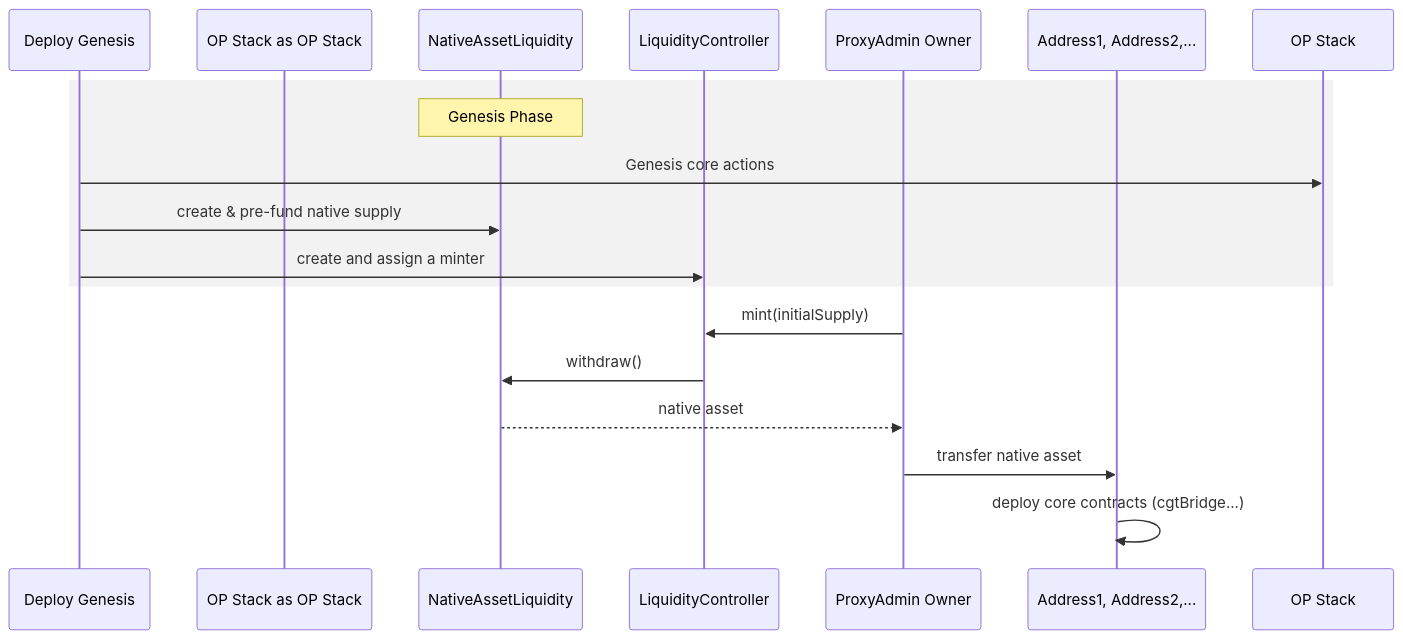
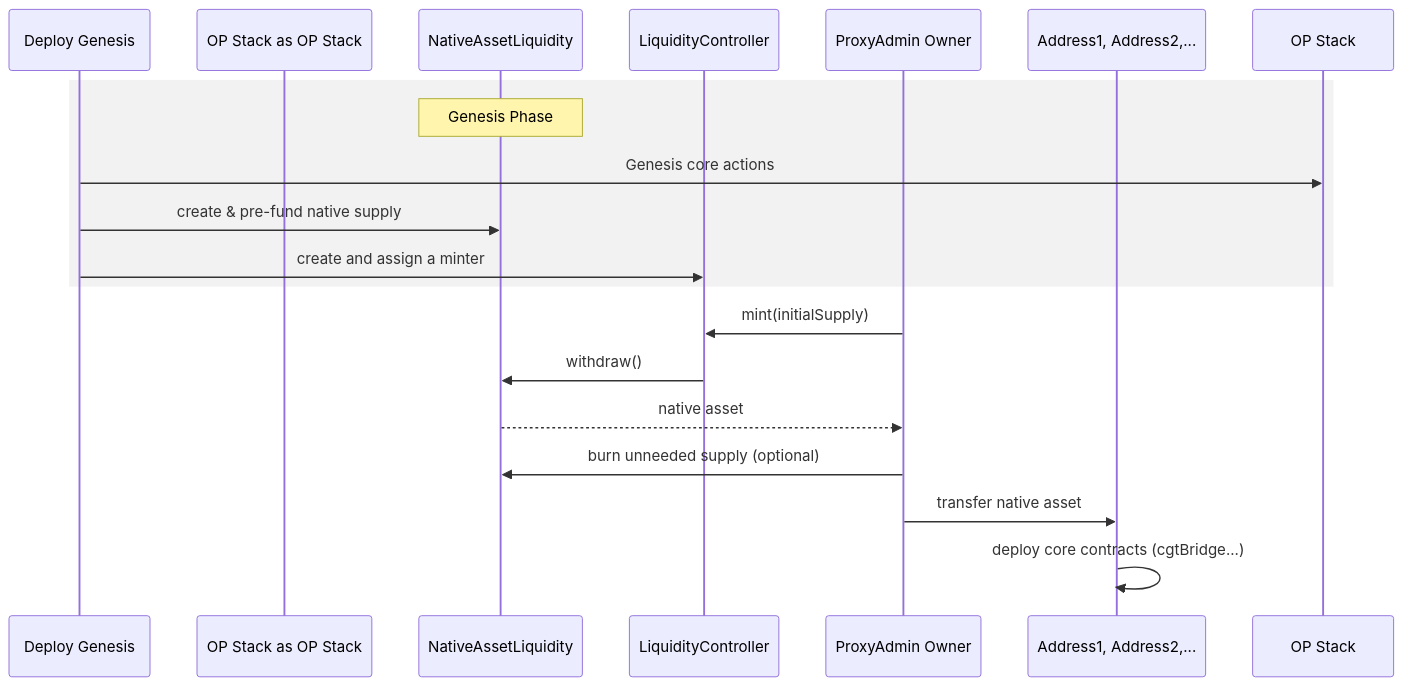
The second of 3 diagrams in protocol/custom-gas-token.md (ethereum-optimism/design-docs), drawn with Mermaid before and after one commit. The commit also changed other lines of this file, not shown here.

Commit message:
docs: add burn function in NativeAssetLiquidity

````diff
--- a/protocol/custom-gas-token.md
+++ b/protocol/custom-gas-token.md
@@ -177,22 +184,23 @@
 ```mermaid
 sequenceDiagram
     participant Genesis   as Deploy Genesis
     participant OP Stack  as OP Stack
     participant Liquidity as NativeAssetLiquidity
     participant Controller as LiquidityController
     participant Governor  as ProxyAdmin Owner
     participant Deployer  as Address1, Address2,...
 
     rect rgba(128, 128, 128, 0.1)
 		note over Liquidity: Genesis Phase
     Genesis->>OP Stack: Genesis core actions
     Genesis->>Liquidity: create & pre-fund native supply
     Genesis->>Controller: create and assign a minter
     end
     Governor->>Controller: mint(initialSupply)
     Controller->>Liquidity: withdraw()
     Liquidity-->>Governor: native asset
+    Governor->>Liquidity: burn unneeded supply (optional)
     Governor->>Deployer: transfer native asset
     Deployer->>Deployer: deploy core contracts (cgtBridge...)
 
 ```
````
